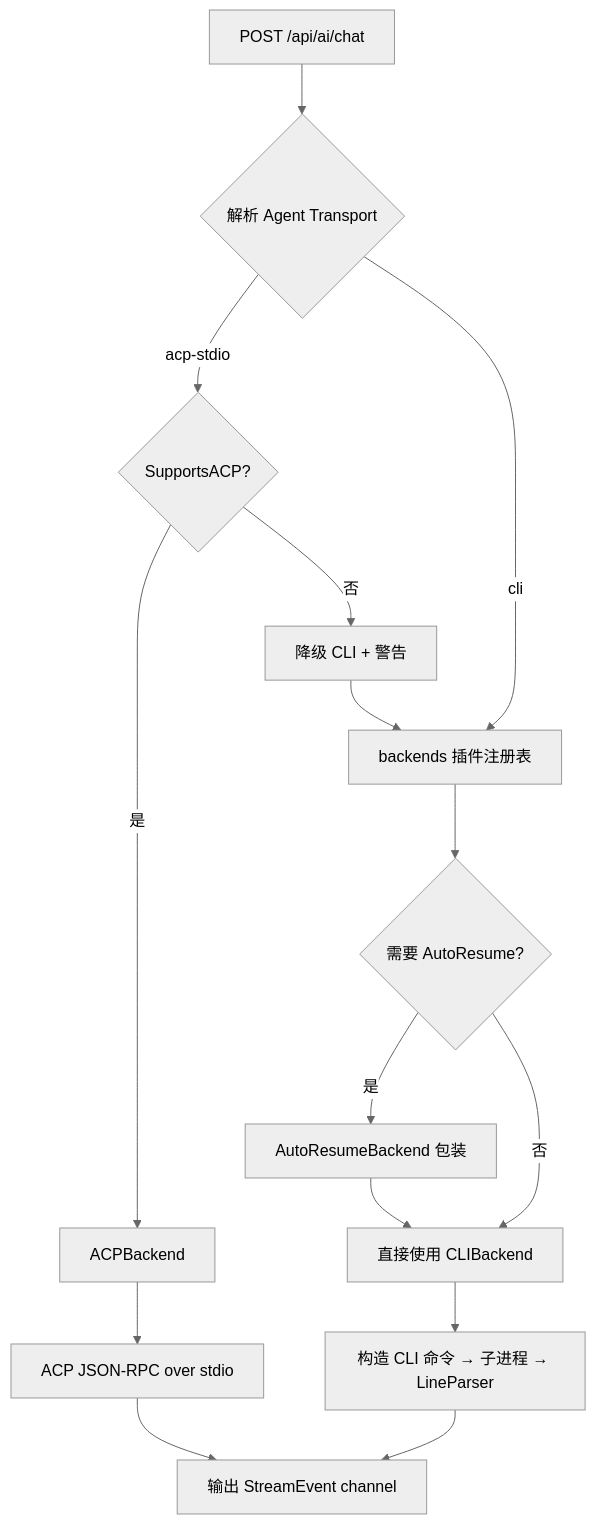
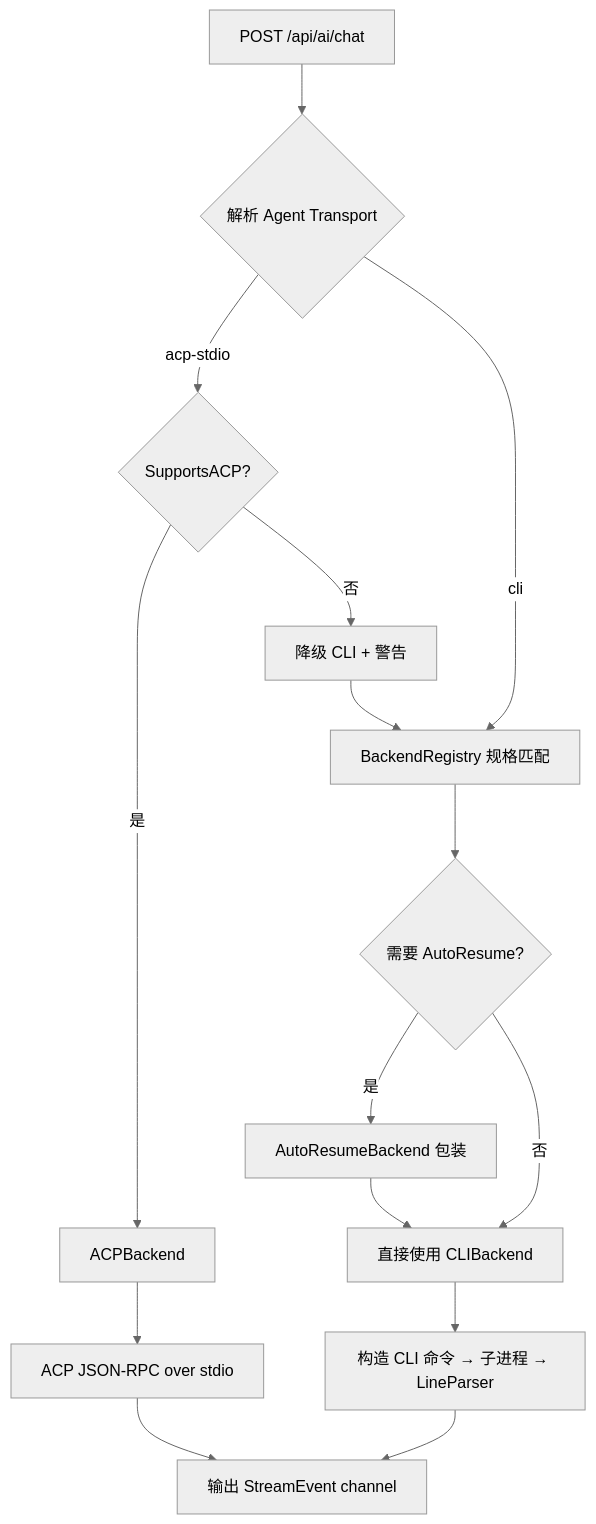
Before and after one commit to clawbench-dev/clawbench: the first of 3 diagrams in docs/spec/core/ai-backend.md, drawn with Mermaid (neutral theme). The commit also changed other lines of this file and 9 other files, not shown here.

````diff
--- a/docs/spec/core/ai-backend.md
+++ b/docs/spec/core/ai-backend.md
@@ -9,18 +9,18 @@
 ```mermaid
 flowchart TD
     A[POST /api/ai/chat] --> B{解析 Agent Transport}
     B -->|acp-stdio| C{SupportsACP?}
     C -->|是| D[ACPBackend]
     C -->|否| E[降级 CLI + 警告]
-    B -->|cli| F[backends 插件注册表]
+    B -->|cli| F[BackendRegistry 规格匹配]
 
     D --> G[ACP JSON-RPC over stdio]
     E --> F
     F --> H{需要 AutoResume?}
     H -->|是| I[AutoResumeBackend 包装]
     H -->|否| J[直接使用 CLIBackend]
     I --> J
     J --> K[构造 CLI 命令 → 子进程 → LineParser]
     G --> L[输出 StreamEvent channel]
     K --> L
 ```
````
